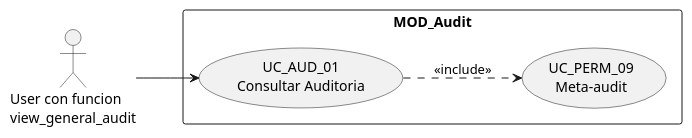
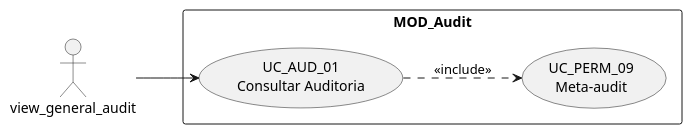
Before and after one commit to jcg-admin/IACT-docs: the first of 4 diagrams in source/requisitos/casos-uso/audit/uc-aud-01/diagramas-uml.rst, drawn with PlantUML. The commit also changed 77 other files, not shown here.

First line of the commit message:
Enforce RBAC function names as actors in all UML diagrams

```diff
--- a/source/requisitos/casos-uso/audit/uc-aud-01/diagramas-uml.rst
+++ b/source/requisitos/casos-uso/audit/uc-aud-01/diagramas-uml.rst
@@ -10,12 +10,12 @@
 .. uml::
 
  @startuml
  left to right direction
- actor "User con funcion\nview_general_audit" as USR
+ actor "view_general_audit" as USR
  rectangle "MOD_Audit" {
    usecase "UC_AUD_01\nConsultar Auditoria" as UC01
    usecase "UC_PERM_09\nMeta-audit" as M
  }
  USR --> UC01
  UC01 ..> M : <<include>>
  @enduml
```
